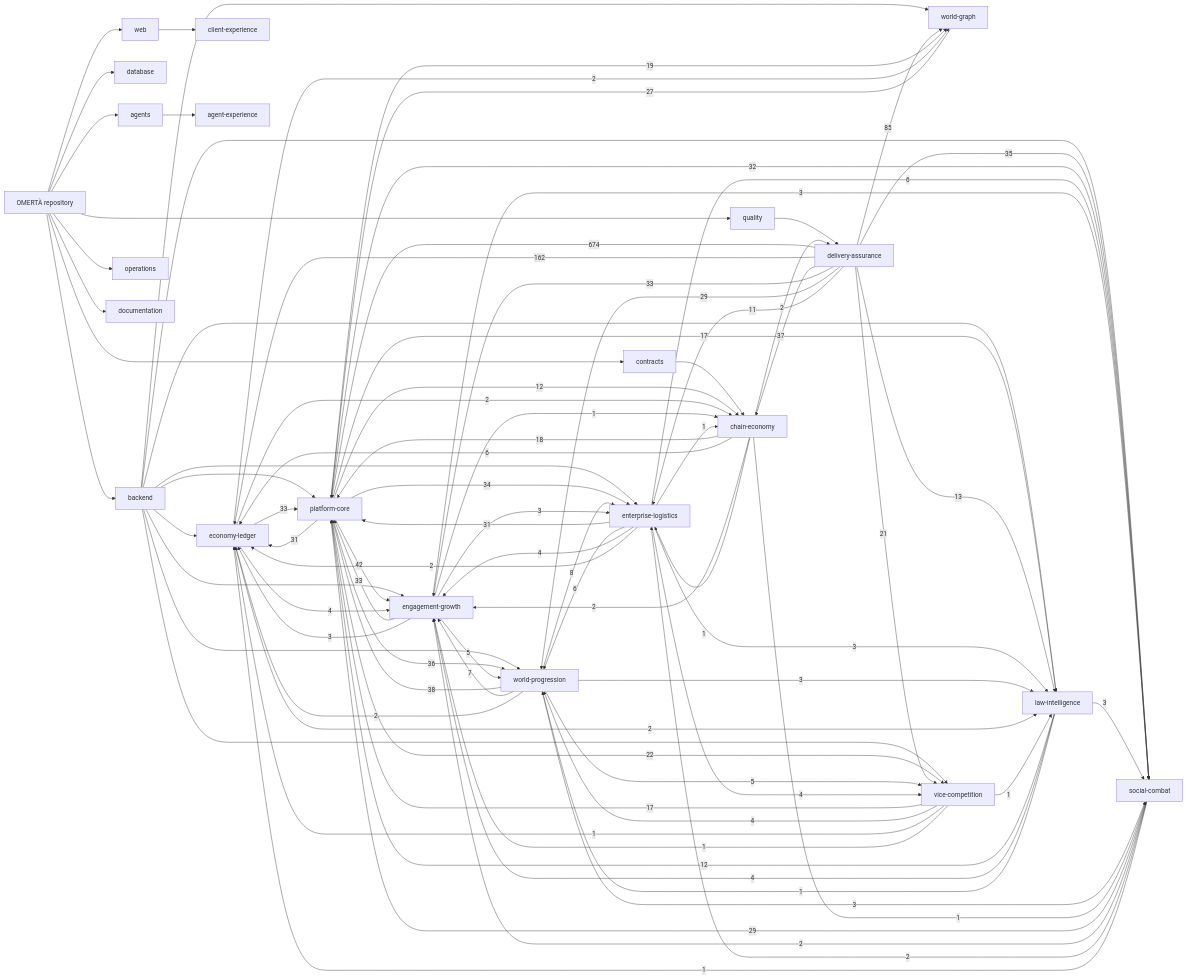
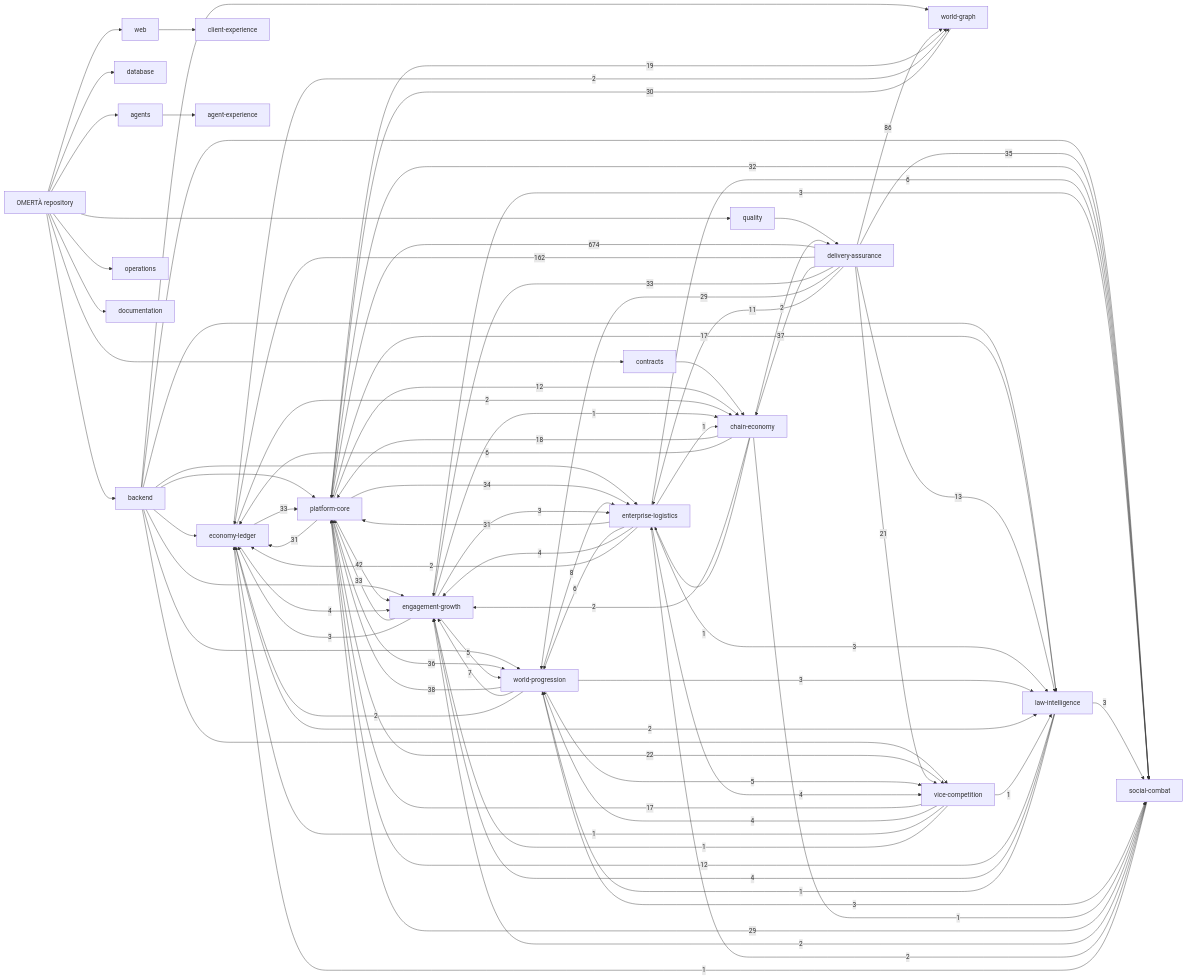
The diagram in knowledge/generated/graph.mmd (OmertaDev/Omerta), drawn with Mermaid before and after one commit. The commit also changed 7 other files, not shown here.

```diff
--- a/knowledge/generated/graph.mmd
+++ b/knowledge/generated/graph.mmd
@@ -1,109 +1,109 @@
 flowchart LR
   repo["OMERTÀ repository"]
   sub_backend["backend"]
   repo --> sub_backend
   sub_database["database"]
   repo --> sub_database
   sub_web["web"]
   repo --> sub_web
   sub_contracts["contracts"]
   repo --> sub_contracts
   sub_agents["agents"]
   repo --> sub_agents
   sub_quality["quality"]
   repo --> sub_quality
   sub_operations["operations"]
   repo --> sub_operations
   sub_documentation["documentation"]
   repo --> sub_documentation
   dom_platform-core["platform-core"]
   dom_economy-ledger["economy-ledger"]
   dom_social-combat["social-combat"]
   dom_world-progression["world-progression"]
   dom_world-graph["world-graph"]
   dom_enterprise-logistics["enterprise-logistics"]
   dom_vice-competition["vice-competition"]
   dom_law-intelligence["law-intelligence"]
   dom_chain-economy["chain-economy"]
   dom_engagement-growth["engagement-growth"]
   dom_client-experience["client-experience"]
   dom_agent-experience["agent-experience"]
   dom_delivery-assurance["delivery-assurance"]
   sub_agents --> dom_agent-experience
   sub_backend --> dom_economy-ledger
   sub_backend --> dom_engagement-growth
   sub_backend --> dom_enterprise-logistics
   sub_backend --> dom_law-intelligence
   sub_backend --> dom_platform-core
   sub_backend --> dom_social-combat
   sub_backend --> dom_vice-competition
   sub_backend --> dom_world-graph
   sub_backend --> dom_world-progression
   sub_contracts --> dom_chain-economy
   sub_quality --> dom_delivery-assurance
   sub_web --> dom_client-experience
   dom_delivery-assurance -->|674| dom_platform-core
   dom_delivery-assurance -->|162| dom_economy-ledger
-  dom_delivery-assurance -->|85| dom_world-graph
+  dom_delivery-assurance -->|86| dom_world-graph
   dom_platform-core -->|42| dom_engagement-growth
   dom_world-progression -->|38| dom_platform-core
   dom_delivery-assurance -->|37| dom_chain-economy
   dom_platform-core -->|36| dom_world-progression
   dom_delivery-assurance -->|35| dom_social-combat
   dom_platform-core -->|34| dom_enterprise-logistics
   dom_delivery-assurance -->|33| dom_engagement-growth
   dom_economy-ledger -->|33| dom_platform-core
   dom_engagement-growth -->|33| dom_platform-core
   dom_platform-core -->|32| dom_social-combat
   dom_enterprise-logistics -->|31| dom_platform-core
   dom_platform-core -->|31| dom_economy-ledger
+  dom_world-graph -->|30| dom_platform-core
   dom_delivery-assurance -->|29| dom_world-progression
   dom_social-combat -->|29| dom_platform-core
-  dom_world-graph -->|27| dom_platform-core
   dom_platform-core -->|22| dom_vice-competition
   dom_delivery-assurance -->|21| dom_vice-competition
   dom_platform-core -->|19| dom_world-graph
   dom_chain-economy -->|18| dom_platform-core
   dom_platform-core -->|17| dom_law-intelligence
   dom_vice-competition -->|17| dom_platform-core
   dom_delivery-assurance -->|13| dom_law-intelligence
   dom_law-intelligence -->|12| dom_platform-core
   dom_platform-core -->|12| dom_chain-economy
   dom_delivery-assurance -->|11| dom_enterprise-logistics
   dom_world-progression -->|8| dom_enterprise-logistics
   dom_world-progression -->|7| dom_engagement-growth
   dom_chain-economy -->|6| dom_economy-ledger
   dom_enterprise-logistics -->|6| dom_social-combat
   dom_enterprise-logistics -->|6| dom_world-progression
   dom_engagement-growth -->|5| dom_world-progression
   dom_world-progression -->|5| dom_vice-competition
   dom_economy-ledger -->|4| dom_engagement-growth
   dom_enterprise-logistics -->|4| dom_engagement-growth
   dom_enterprise-logistics -->|4| dom_vice-competition
   dom_law-intelligence -->|4| dom_engagement-growth
   dom_vice-competition -->|4| dom_world-progression
   dom_engagement-growth -->|3| dom_economy-ledger
   dom_engagement-growth -->|3| dom_enterprise-logistics
   dom_engagement-growth -->|3| dom_social-combat
   dom_enterprise-logistics -->|3| dom_law-intelligence
   dom_law-intelligence -->|3| dom_social-combat
   dom_world-progression -->|3| dom_law-intelligence
   dom_world-progression -->|3| dom_social-combat
   dom_chain-economy -->|2| dom_delivery-assurance
   dom_chain-economy -->|2| dom_engagement-growth
   dom_economy-ledger -->|2| dom_chain-economy
   dom_economy-ledger -->|2| dom_law-intelligence
   dom_economy-ledger -->|2| dom_world-graph
   dom_enterprise-logistics -->|2| dom_economy-ledger
   dom_social-combat -->|2| dom_engagement-growth
   dom_social-combat -->|2| dom_enterprise-logistics
   dom_world-progression -->|2| dom_economy-ledger
   dom_chain-economy -->|1| dom_enterprise-logistics
   dom_chain-economy -->|1| dom_social-combat
   dom_engagement-growth -->|1| dom_chain-economy
   dom_enterprise-logistics -->|1| dom_chain-economy
   dom_law-intelligence -->|1| dom_world-progression
   dom_social-combat -->|1| dom_economy-ledger
   dom_vice-competition -->|1| dom_economy-ledger
   dom_vice-competition -->|1| dom_engagement-growth
   dom_vice-competition -->|1| dom_law-intelligence
```
